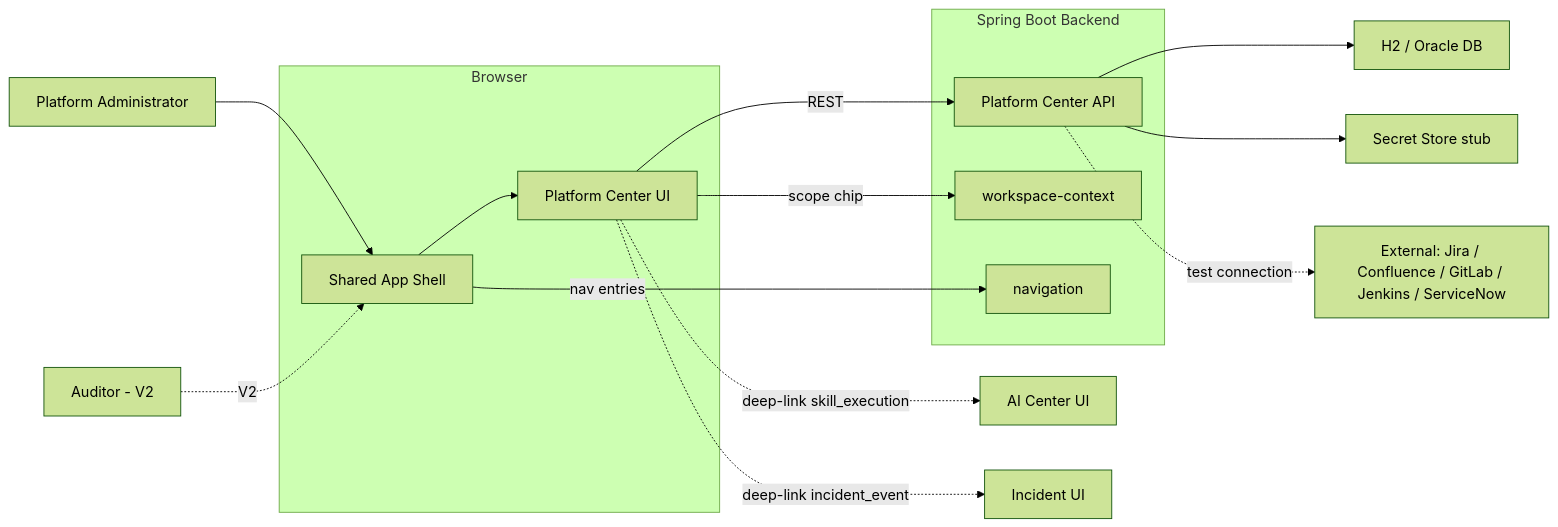
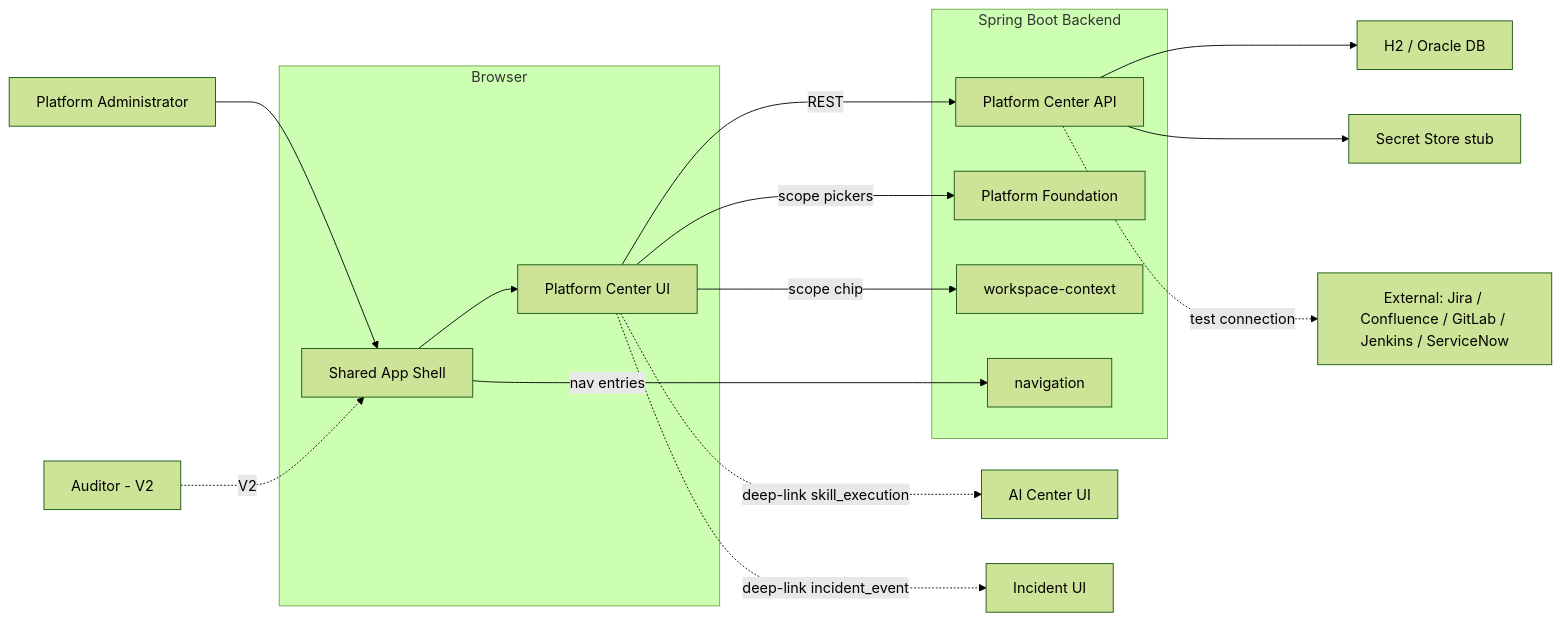
The first of 5 diagrams in docs/04-architecture/platform-center-architecture.md (wwa-lab/Agentic-SDLC-Control-Tower), drawn with Mermaid (forest theme) before and after one commit. The commit also changed other lines of this file and 88 other files, not shown here.

Commit message:
feat: add platform auth and admin foundation

````diff
--- a/docs/04-architecture/platform-center-architecture.md
+++ b/docs/04-architecture/platform-center-architecture.md
@@ -29,37 +30,39 @@
 ```mermaid
 graph LR
     PA[Platform Administrator]
     AUD[Auditor - V2]
 
     subgraph Browser
         SHELL[Shared App Shell]
         PC[Platform Center UI]
     end
 
     subgraph Backend[Spring Boot Backend]
         PCAPI[Platform Center API]
+        FND[Platform Foundation]
         WS[workspace-context]
         NAV[navigation]
     end
 
     DB[H2 / Oracle DB]
     SEC[Secret Store stub]
         EXT[External: Jira / Confluence / GitLab / Jenkins / ServiceNow]
 
     AICENTER[AI Center UI]
     INC[Incident UI]
 
     PA --> SHELL
     AUD -. V2 .-> SHELL
     SHELL --> PC
     PC -->|REST| PCAPI
+    PC -->|scope pickers| FND
     PC -->|scope chip| WS
     SHELL -->|nav entries| NAV
 
     PCAPI --> DB
     PCAPI --> SEC
     PCAPI -. test connection .-> EXT
 
     PC -. deep-link skill_execution .-> AICENTER
     PC -. deep-link incident_event .-> INC
 ```
````
